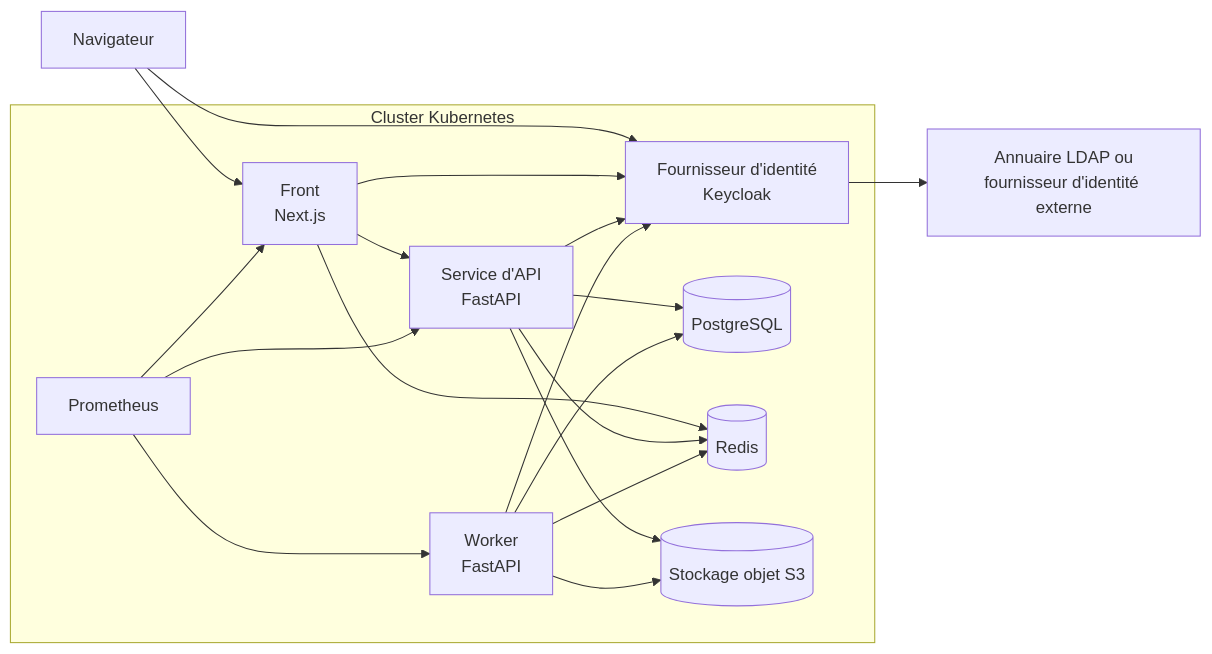
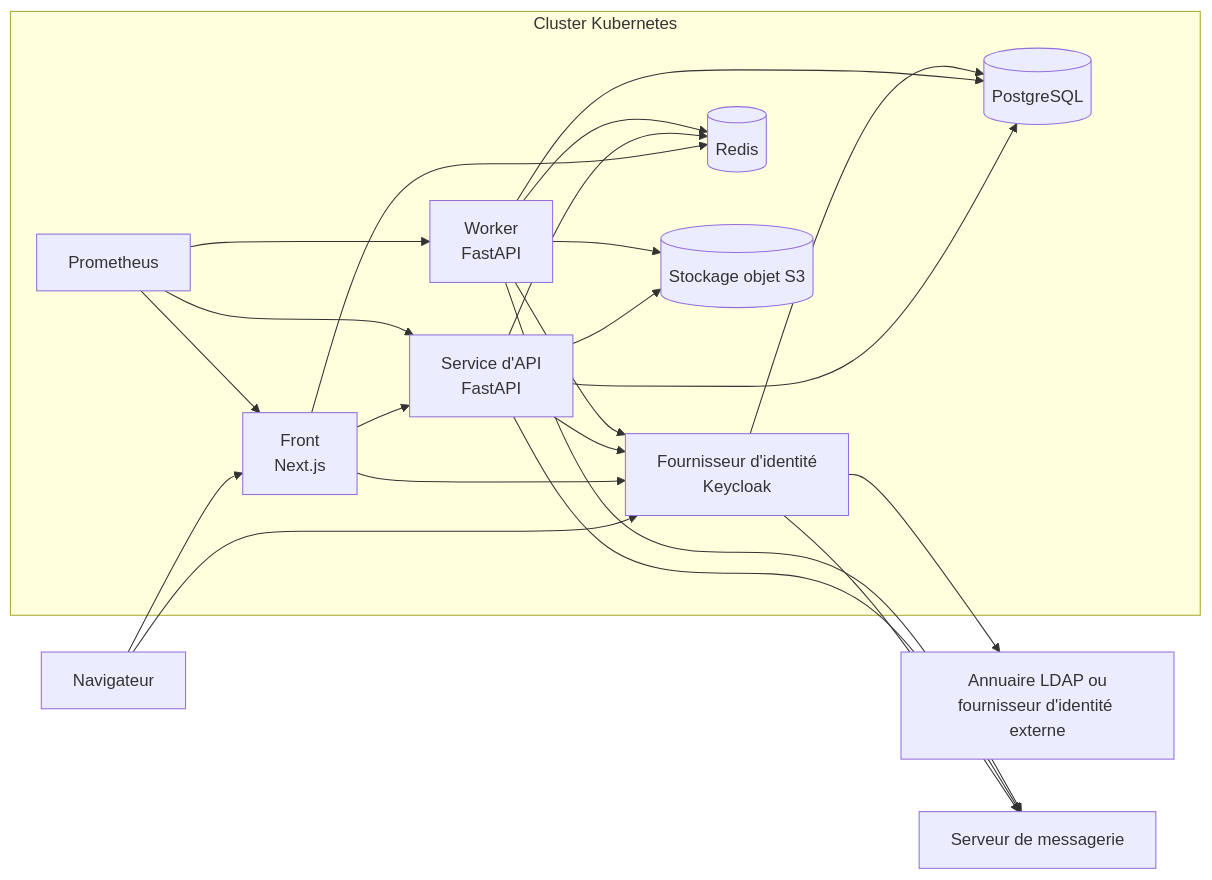
One commit to waterfall-project/wf-project changed the diagram in docs/spec/figures/deploiement.mmd. Above: the diagram before and after it, drawn with Mermaid. The commit also changed 6 other files, not shown here.

```diff
--- a/docs/spec/figures/deploiement.mmd
+++ b/docs/spec/figures/deploiement.mmd
@@ -1,30 +1,35 @@
 flowchart LR
     Navigateur["Navigateur"]
     subgraph Cluster["Cluster Kubernetes"]
         Front["Front<br>Next.js"]
         API["Service d'API<br>FastAPI"]
         Worker["Worker<br>FastAPI"]
         IdP["Fournisseur d'identité<br>Keycloak"]
         PG[("PostgreSQL")]
         Redis[("Redis")]
         S3[("Stockage objet S3")]
         Prometheus["Prometheus"]
     end
     Annuaire["Annuaire LDAP ou<br>fournisseur d'identité externe"]
+    SMTP["Serveur de messagerie"]
     Navigateur --> Front
     Navigateur --> IdP
     Front --> API
     Front --> IdP
     Front --> Redis
     API --> IdP
     API --> PG
     API --> Redis
     API --> S3
     Worker --> PG
     Worker --> Redis
     Worker --> IdP
     Worker --> S3
+    IdP --> PG
     IdP --> Annuaire
+    IdP --> SMTP
+    API --> SMTP
+    Worker --> SMTP
     Prometheus --> API
     Prometheus --> Worker
     Prometheus --> Front
```
